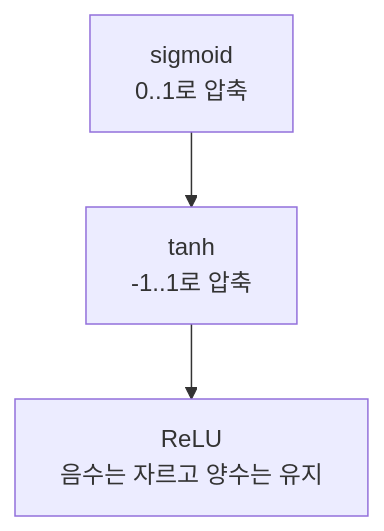
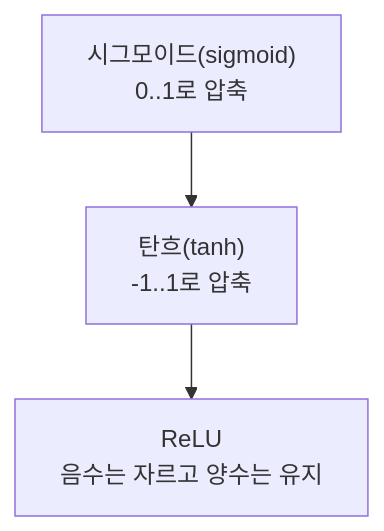
One commit to devchan64/AiBook changed the diagram in docs/assets/part-05/chapter-03/activation-family-flow-ko.mmd. Above: the diagram before and after it, drawn with Mermaid. The commit also changed 105 other files, not shown here.

```diff
--- a/docs/assets/part-05/chapter-03/activation-family-flow-ko.mmd
+++ b/docs/assets/part-05/chapter-03/activation-family-flow-ko.mmd
@@ -1,7 +1,7 @@
 flowchart TD
-  A["sigmoid<br/>0..1로 압축"]
-  B["tanh<br/>-1..1로 압축"]
+  A["시그모이드(sigmoid)<br/>0..1로 압축"]
+  B["탄흐(tanh)<br/>-1..1로 압축"]
   C["ReLU<br/>음수는 자르고 양수는 유지"]
 
   A --> B
   B --> C
```
